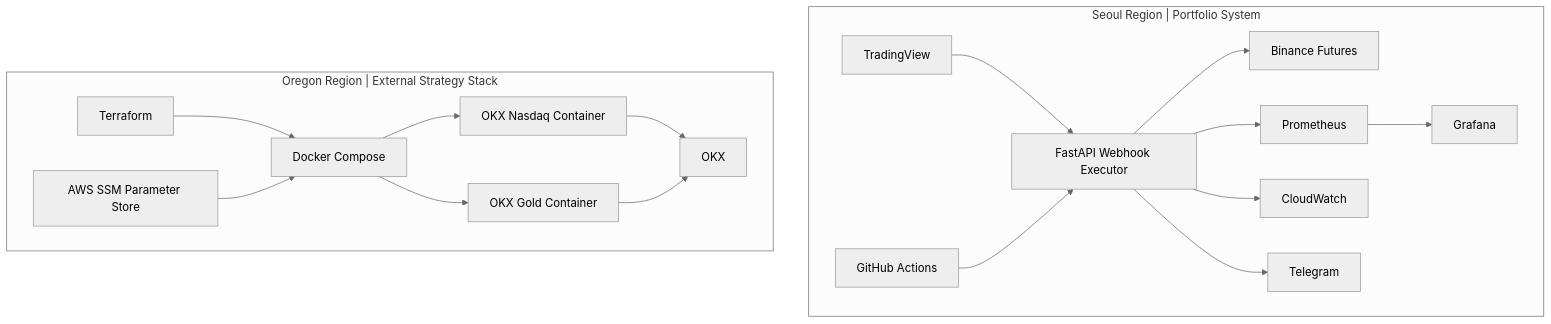
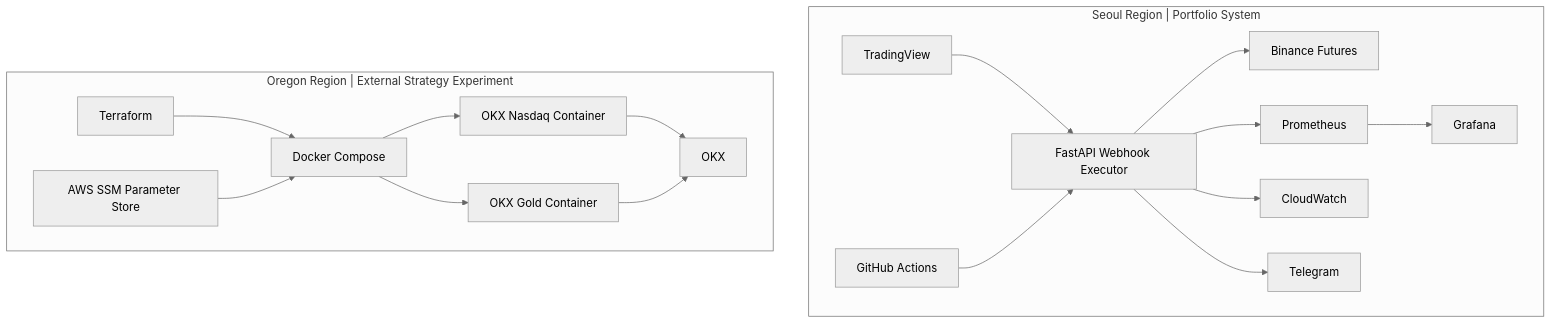
Before and after one commit to gyeong1181/System-Trading: the diagram in psar_rsi_bot/docs/Architecture/server_role_split.md, drawn with Mermaid (neutral theme). The commit also changed other lines of this file and 17 other files, not shown here.

````diff
--- a/psar_rsi_bot/docs/Architecture/server_role_split.md
+++ b/psar_rsi_bot/docs/Architecture/server_role_split.md
@@ -42,37 +42,37 @@
 ```mermaid
 flowchart TB
     subgraph Seoul["Seoul Region | Portfolio System"]
         TV[TradingView]
         PSAR[FastAPI Webhook Executor]
         BINANCE[Binance Futures]
         GRAFANA[Grafana]
         PROM[Prometheus]
         CW[CloudWatch]
         TG[Telegram]
         GHA[GitHub Actions]
 
         TV --> PSAR
         PSAR --> BINANCE
         PSAR --> PROM
         PSAR --> CW
         PSAR --> TG
         GHA --> PSAR
         PROM --> GRAFANA
     end
 
-    subgraph Oregon["Oregon Region | External Strategy Stack"]
+    subgraph Oregon["Oregon Region | External Strategy Experiment"]
         TF[Terraform]
         SSM[AWS SSM Parameter Store]
         DC[Docker Compose]
         QQQ[OKX Nasdaq Container]
         XAU[OKX Gold Container]
         OKX[OKX]
 
         TF --> DC
         SSM --> DC
         DC --> QQQ
         DC --> XAU
         QQQ --> OKX
         XAU --> OKX
     end
 ```
````
